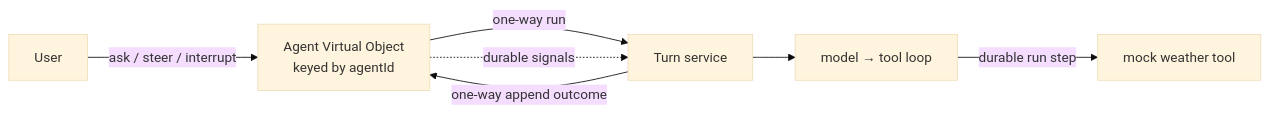
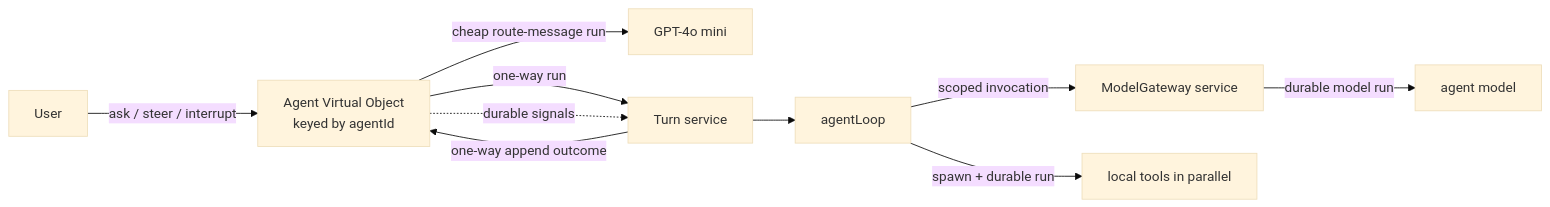
One commit to restatedev/agent changed the diagram in README.md. Above: the diagram before and after it, drawn with Mermaid (base theme). The commit also changed other lines of this file, not shown here.

Commit message:
docs(example): explain model flow control

````diff
--- a/README.md
+++ b/README.md
@@ -7,9 +7,12 @@
 ```mermaid
 flowchart LR
   User -->|"ask / steer / interrupt"| Agent["Agent Virtual Object\nkeyed by agentId"]
+  Agent -->|"cheap route-message run"| Router["GPT-4o mini"]
   Agent -->|"one-way run"| Turn["Turn service"]
   Agent -.->|"durable signals"| Turn
-  Turn --> Loop["model → tool loop"]
-  Loop -->|"durable run step"| Weather["mock weather tool"]
+  Turn --> Loop["agentLoop"]
+  Loop -->|"scoped invocation"| Gateway["ModelGateway service"]
+  Gateway -->|"durable model run"| Model["agent model"]
+  Loop -->|"spawn + durable run"| Tools["local tools in parallel"]
   Turn -->|"one-way append outcome"| Agent
 ```
````
